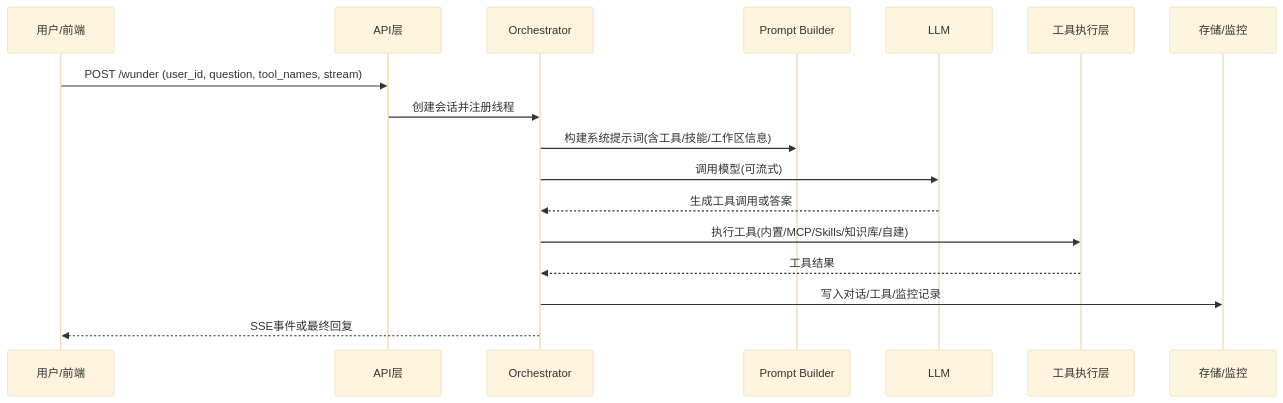
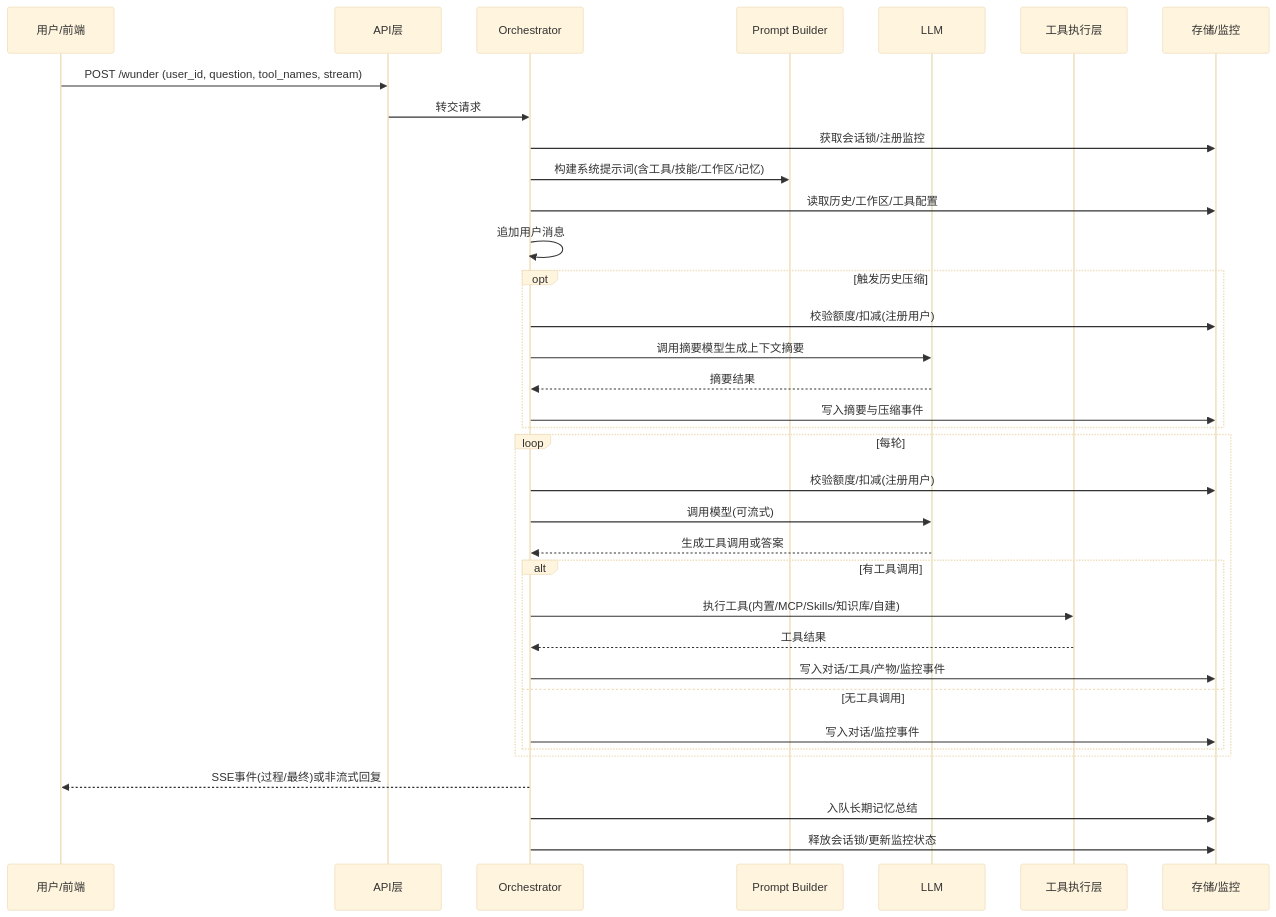
Before and after one commit to ylsdamxssjxxdd/wunder: the diagram in docs/diagrams/system-intro/02-request-flow.mmd, drawn with Mermaid (base theme). The commit also changed 32 other files, not shown here.

```diff
--- a/docs/diagrams/system-intro/02-request-flow.mmd
+++ b/docs/diagrams/system-intro/02-request-flow.mmd
@@ -1,18 +1,36 @@
 sequenceDiagram
   participant U as 用户/前端
   participant API as API层
   participant O as Orchestrator
   participant P as Prompt Builder
   participant L as LLM
   participant T as 工具执行层
   participant S as 存储/监控
 
   U->>API: POST /wunder (user_id, question, tool_names, stream)
-  API->>O: 创建会话并注册线程
-  O->>P: 构建系统提示词(含工具/技能/工作区信息)
-  O->>L: 调用模型(可流式)
-  L-->>O: 生成工具调用或答案
-  O->>T: 执行工具(内置/MCP/Skills/知识库/自建)
-  T-->>O: 工具结果
-  O->>S: 写入对话/工具/监控记录
-  O-->>U: SSE事件或最终回复
+  API->>O: 转交请求
+  O->>S: 获取会话锁/注册监控
+  O->>P: 构建系统提示词(含工具/技能/工作区/记忆)
+  O->>S: 读取历史/工作区/工具配置
+  O->>O: 追加用户消息
+  opt 触发历史压缩
+    O->>S: 校验额度/扣减(注册用户)
+    O->>L: 调用摘要模型生成上下文摘要
+    L-->>O: 摘要结果
+    O->>S: 写入摘要与压缩事件
+  end
+  loop 每轮
+    O->>S: 校验额度/扣减(注册用户)
+    O->>L: 调用模型(可流式)
+    L-->>O: 生成工具调用或答案
+    alt 有工具调用
+      O->>T: 执行工具(内置/MCP/Skills/知识库/自建)
+      T-->>O: 工具结果
+      O->>S: 写入对话/工具/产物/监控事件
+    else 无工具调用
+      O->>S: 写入对话/监控事件
+    end
+  end
+  O-->>U: SSE事件(过程/最终)或非流式回复
+  O->>S: 入队长期记忆总结
+  O->>S: 释放会话锁/更新监控状态
```
